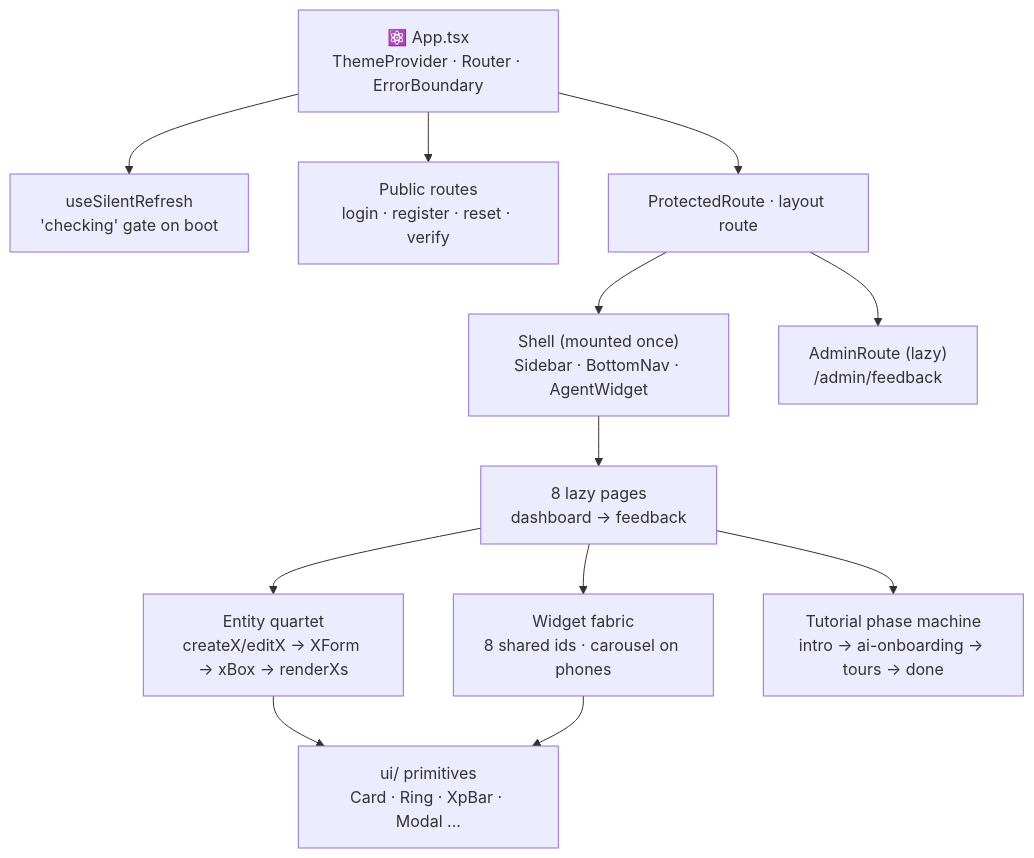
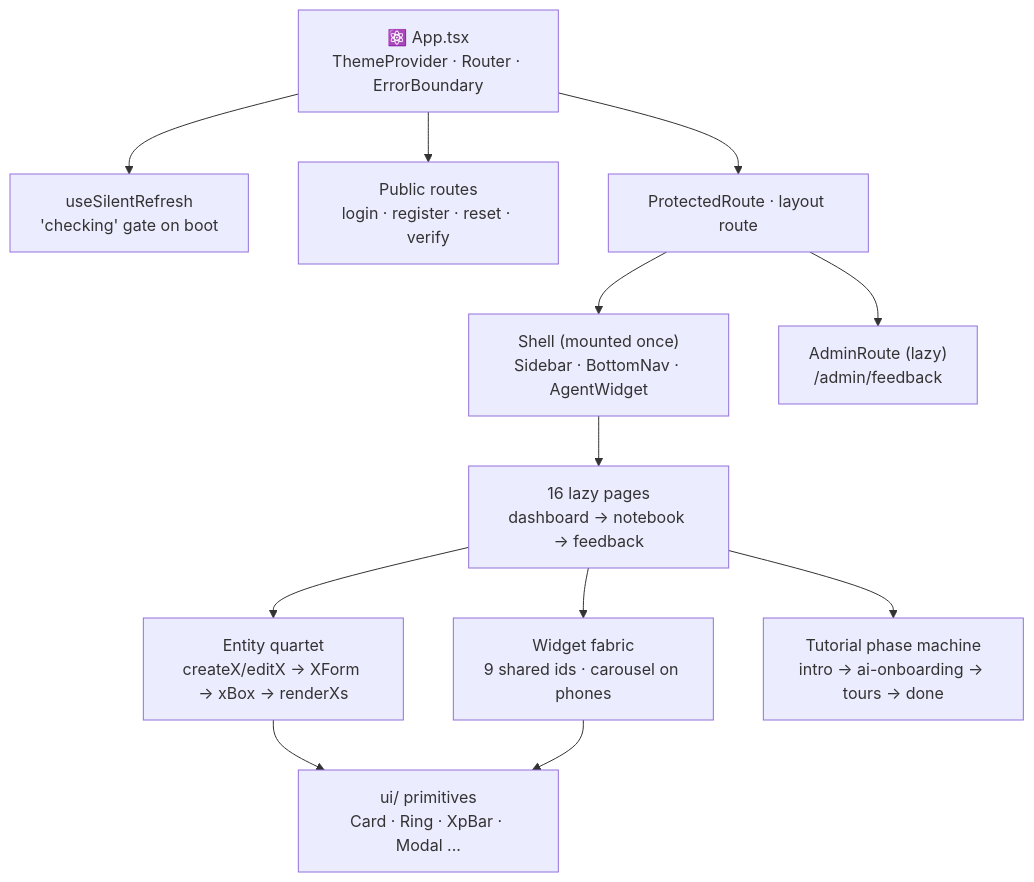
Before and after one commit to AndDev741/Beyou-arch-design: the diagram in architecture/ui-components/diagram.mmd, drawn with Mermaid. The commit also changed 39 other files, not shown here.

```diff
--- a/architecture/ui-components/diagram.mmd
+++ b/architecture/ui-components/diagram.mmd
@@ -1,16 +1,16 @@
 flowchart TD
   APP["⚛️ App.tsx<br/>ThemeProvider · Router · ErrorBoundary"]
   APP --> BOOT["useSilentRefresh<br/>'checking' gate on boot"]
   APP --> PUB["Public routes<br/>login · register · reset · verify"]
   APP --> PROT["ProtectedRoute · layout route"]
 
   PROT --> SHELL["Shell (mounted once)<br/>Sidebar · BottomNav · AgentWidget"]
-  SHELL --> PAGES["8 lazy pages<br/>dashboard → feedback"]
+  SHELL --> PAGES["16 lazy pages<br/>dashboard → notebook → feedback"]
   PROT --> ADM["AdminRoute (lazy)<br/>/admin/feedback"]
 
   PAGES --> QUARTET["Entity quartet<br/>createX/editX → XForm → xBox → renderXs"]
-  PAGES --> WIDG["Widget fabric<br/>8 shared ids · carousel on phones"]
+  PAGES --> WIDG["Widget fabric<br/>9 shared ids · carousel on phones"]
   PAGES --> TUT["Tutorial phase machine<br/>intro → ai-onboarding → tours → done"]
 
   QUARTET --> UIP["ui/ primitives<br/>Card · Ring · XpBar · Modal ..."]
   WIDG --> UIP
```
